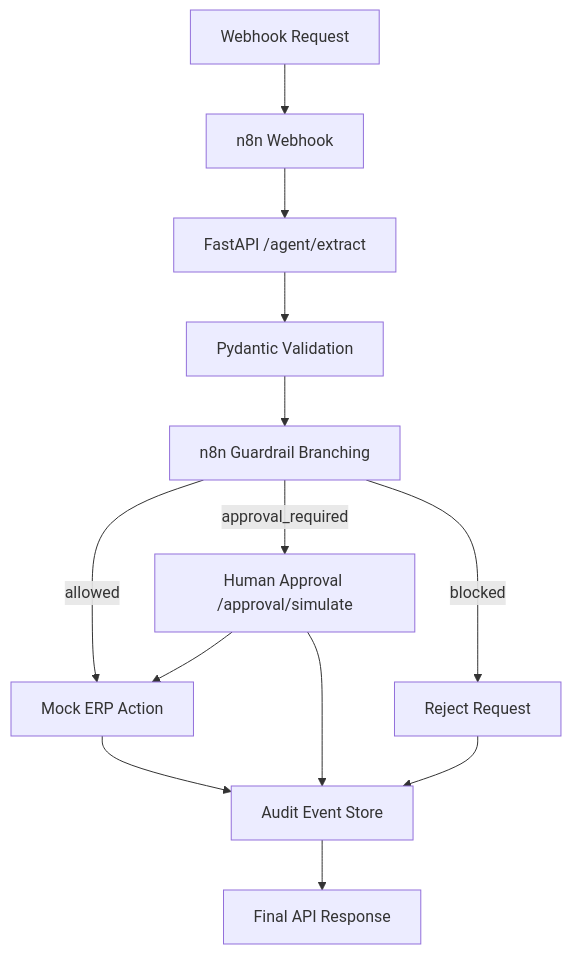
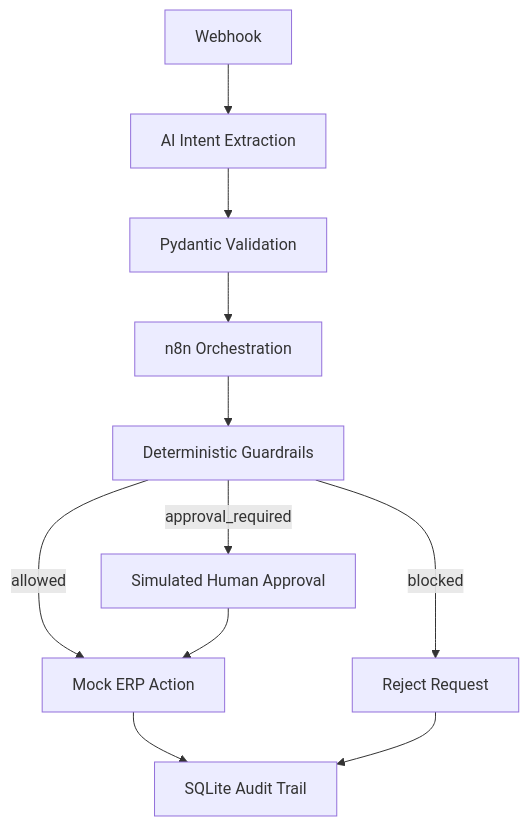
The diagram in README.md (gharisj3/ai-agent-execution-layer-demo), drawn with Mermaid before and after one commit. The commit also changed other lines of this file and 15 other files, not shown here.

````diff
--- a/README.md
+++ b/README.md
@@ -28,15 +18,13 @@
 ```mermaid
 flowchart TD
-    A["Webhook Request"] --> B["n8n Webhook"]
-    B --> C["FastAPI /agent/extract"]
-    C --> D["Pydantic Validation"]
-    D --> E["n8n Guardrail Branching"]
+    A["Webhook"] --> B["AI Intent Extraction"]
+    B --> C["Pydantic Validation"]
+    C --> D["n8n Orchestration"]
+    D --> E["Deterministic Guardrails"]
     E -->|allowed| F["Mock ERP Action"]
-    E -->|approval_required| G["Human Approval /approval/simulate"]
+    E -->|approval_required| G["Simulated Human Approval"]
     G --> F
     E -->|blocked| H["Reject Request"]
-    F --> I["Audit Event Store"]
-    G --> I
+    F --> I["SQLite Audit Trail"]
     H --> I
-    I --> J["Final API Response"]
 ```
````
